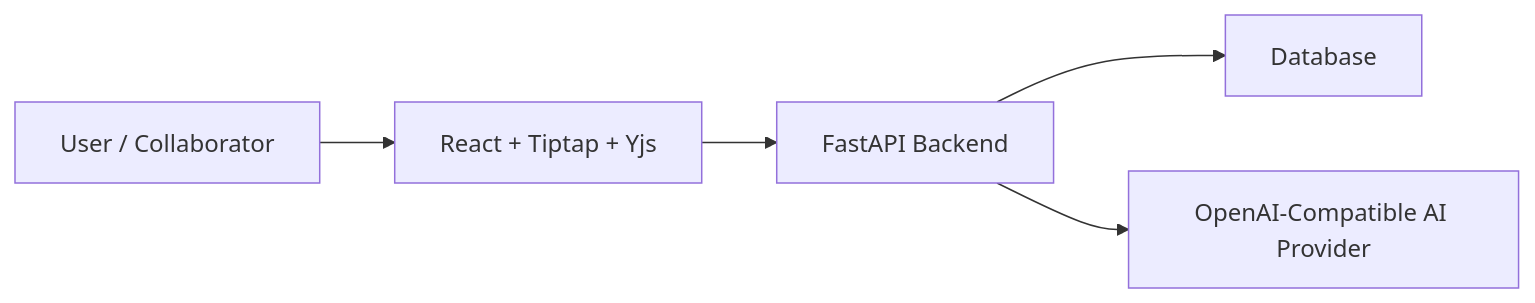
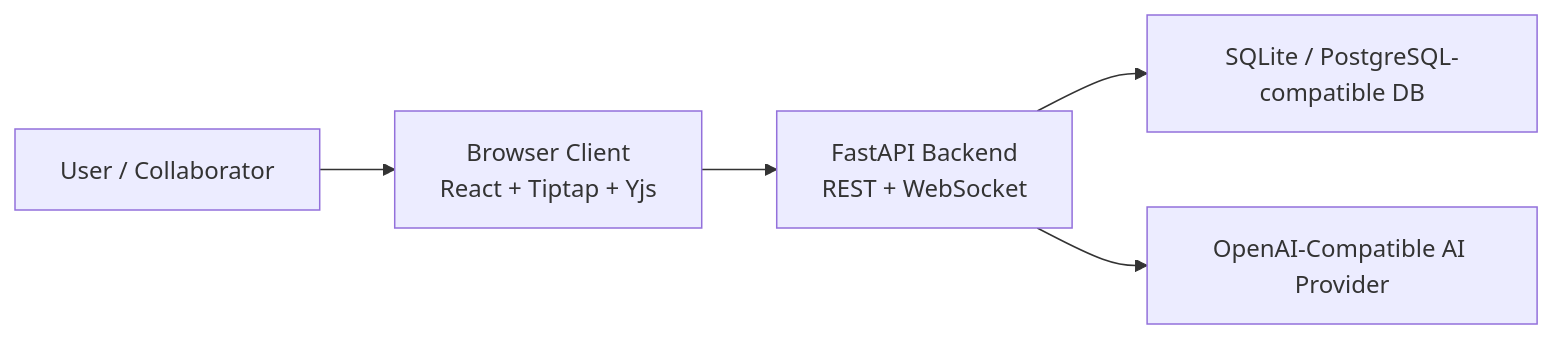
The diagram in ASSIGNMENT2_REPORT.md (blackeyh/colabdoc), drawn with Mermaid before and after one commit. The commit also changed other lines of this file and 2 other files, not shown here.

````diff
--- a/ASSIGNMENT2_REPORT.md
+++ b/ASSIGNMENT2_REPORT.md
@@ -139,7 +139,7 @@
 ```mermaid
 flowchart LR
-    user["User / Collaborator"] --> browser["React + Tiptap + Yjs"]
-    browser --> api["FastAPI Backend"]
-    api --> db["Database"]
+    user["User / Collaborator"] --> browser["Browser Client<br/>React + Tiptap + Yjs"]
+    browser --> api["FastAPI Backend<br/>REST + WebSocket"]
+    api --> db["SQLite / PostgreSQL-compatible DB"]
     api --> llm["OpenAI-Compatible AI Provider"]
 ```
````
